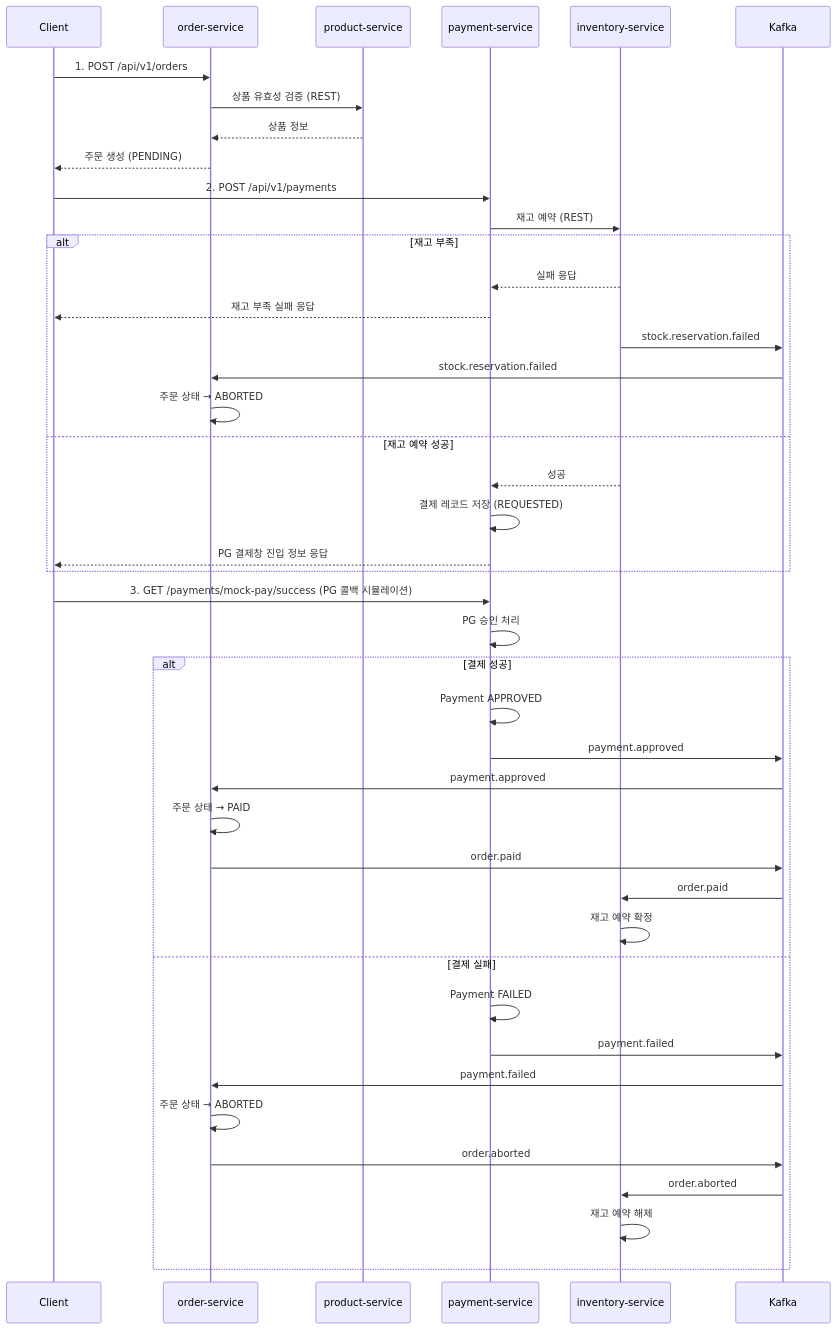
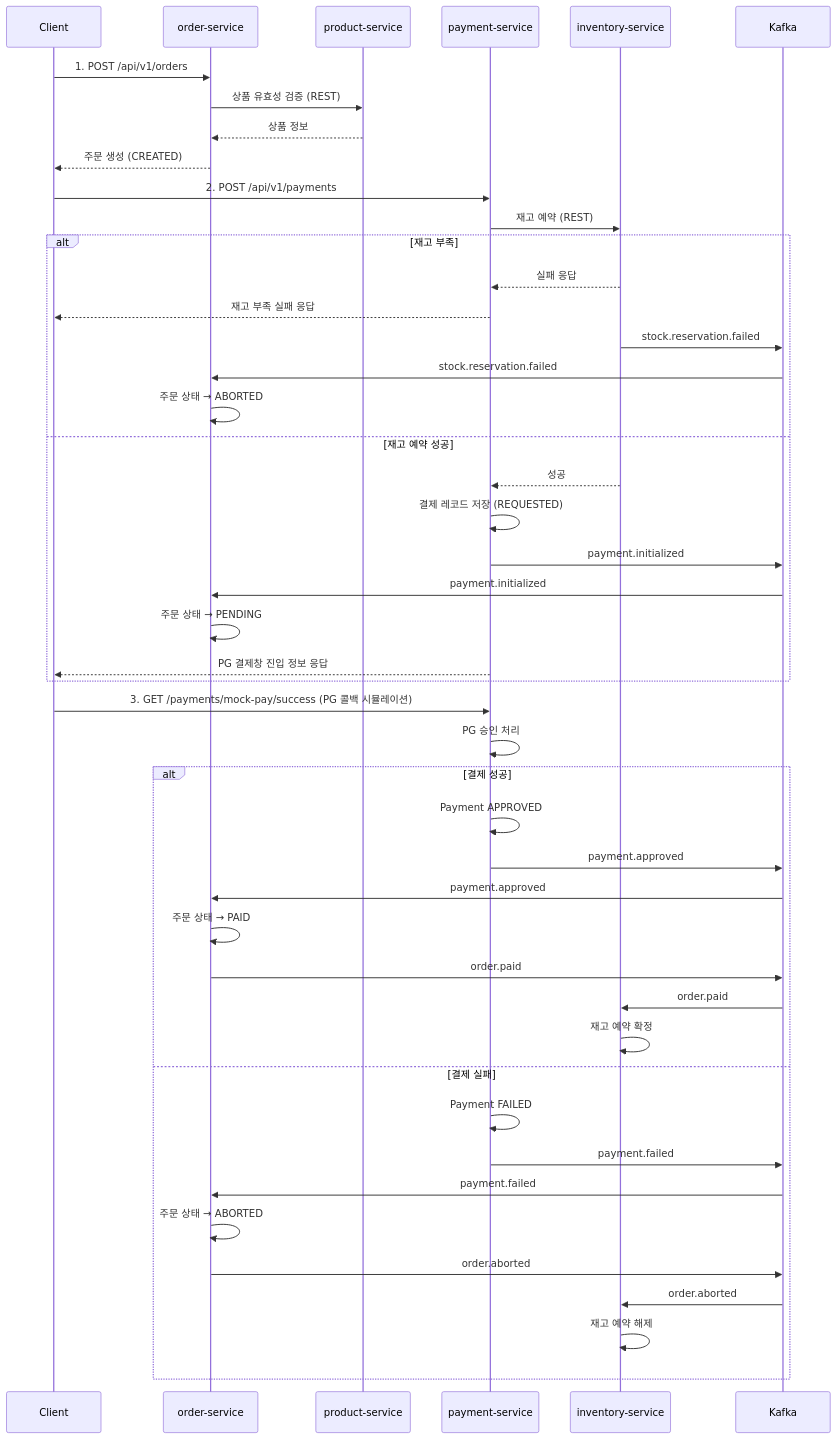
One commit to wocks1123/commerce-msa changed the first of 3 diagrams in README.md. Above: the diagram before and after it, drawn with Mermaid. The commit also changed other lines of this file, not shown here.

````diff
--- a/README.md
+++ b/README.md
@@ -38,46 +38,49 @@
 ```mermaid
 sequenceDiagram
     participant C as Client
     participant OS as order-service
     participant PS as product-service
     participant PAY as payment-service
     participant IS as inventory-service
     participant K as Kafka
     C ->> OS: 1. POST /api/v1/orders
     OS ->> PS: 상품 유효성 검증 (REST)
     PS -->> OS: 상품 정보
-    OS -->> C: 주문 생성 (PENDING)
+    OS -->> C: 주문 생성 (CREATED)
     C ->> PAY: 2. POST /api/v1/payments
     PAY ->> IS: 재고 예약 (REST)
     alt 재고 부족
         IS -->> PAY: 실패 응답
         PAY -->> C: 재고 부족 실패 응답
         IS ->> K: stock.reservation.failed
         K ->> OS: stock.reservation.failed
         OS ->> OS: 주문 상태 → ABORTED
     else 재고 예약 성공
         IS -->> PAY: 성공
         PAY ->> PAY: 결제 레코드 저장 (REQUESTED)
+        PAY ->> K: payment.initialized
+        K ->> OS: payment.initialized
+        OS ->> OS: 주문 상태 → PENDING
         PAY -->> C: PG 결제창 진입 정보 응답
     end
 
     C ->> PAY: 3. GET /payments/mock-pay/success (PG 콜백 시뮬레이션)
     PAY ->> PAY: PG 승인 처리
     alt 결제 성공
         PAY ->> PAY: Payment APPROVED
         PAY ->> K: payment.approved
         K ->> OS: payment.approved
         OS ->> OS: 주문 상태 → PAID
         OS ->> K: order.paid
         K ->> IS: order.paid
         IS ->> IS: 재고 예약 확정
     else 결제 실패
         PAY ->> PAY: Payment FAILED
         PAY ->> K: payment.failed
         K ->> OS: payment.failed
         OS ->> OS: 주문 상태 → ABORTED
         OS ->> K: order.aborted
         K ->> IS: order.aborted
         IS ->> IS: 재고 예약 해제
     end
 ```
````
